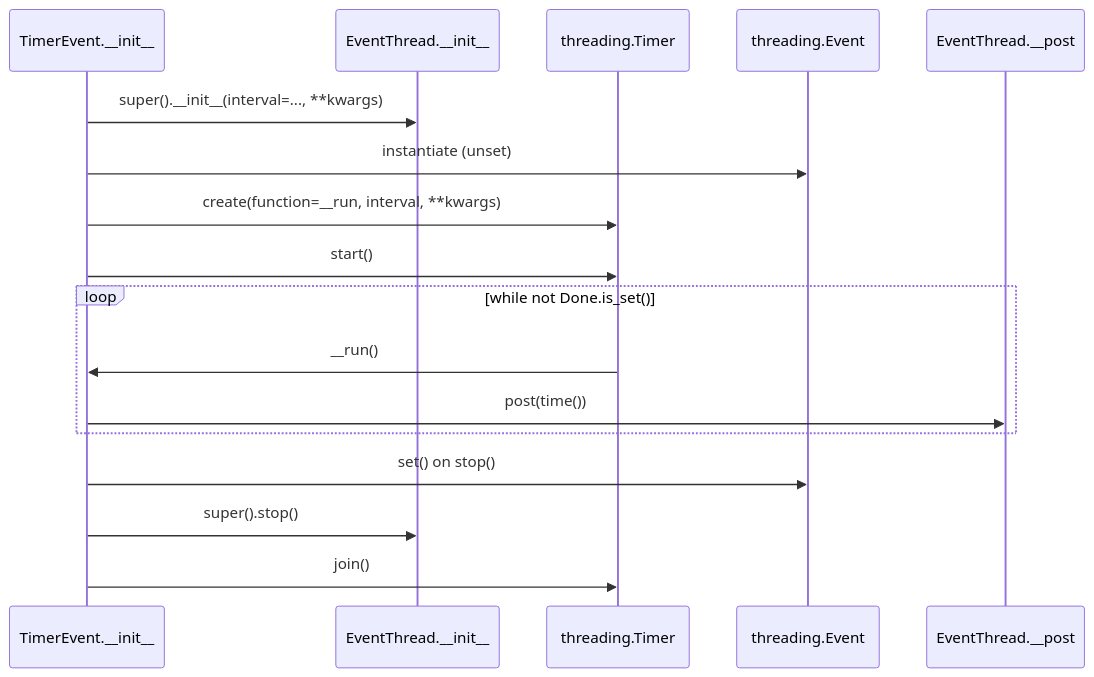
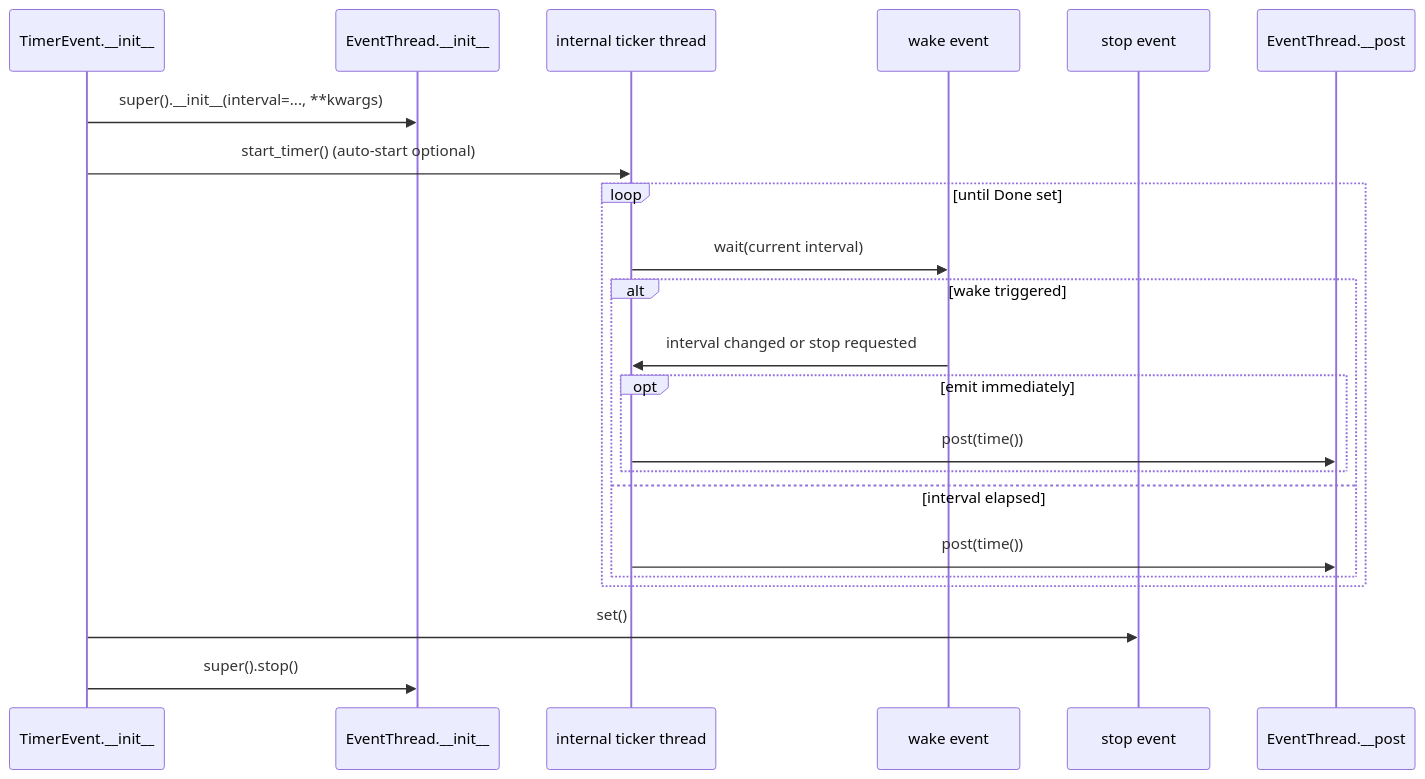
The fifth of 5 diagrams in docs/low_level_design.md (sandboxzilla/timer_event), drawn with Mermaid before and after one commit. The commit also changed other lines of this file and 17 other files, not shown here.

````diff
--- a/docs/low_level_design.md
+++ b/docs/low_level_design.md
@@ -99,20 +124,25 @@
 ```mermaid
 sequenceDiagram
     participant Init as TimerEvent.__init__
     participant Base as EventThread.__init__
-    participant Timer as threading.Timer
-    participant Done as threading.Event
+    participant Ticker as internal ticker thread
+    participant Wake as wake event
+    participant Done as stop event
     participant Dispatcher as EventThread.__post
 
     Init->>Base: super().__init__(interval=..., **kwargs)
-    Init->>Done: instantiate (unset)
-    Init->>Timer: create(function=__run, interval, **kwargs)
-    Init->>Timer: start()
-    loop while not Done.is_set()
-        Timer->>Init: __run()
-        Init->>Dispatcher: post(time())
+    Init->>Ticker: start_timer() (auto-start optional)
+    loop until Done set
+        Ticker->>Wake: wait(current interval)
+        alt wake triggered
+            Wake->>Ticker: interval changed or stop requested
+            opt emit immediately
+                Ticker->>Dispatcher: post(time())
+            end
+        else interval elapsed
+            Ticker->>Dispatcher: post(time())
+        end
     end
-    Init->>Done: set() on stop()
+    Init->>Done: set()
     Init->>Base: super().stop()
-    Init->>Timer: join()
 ```
````
